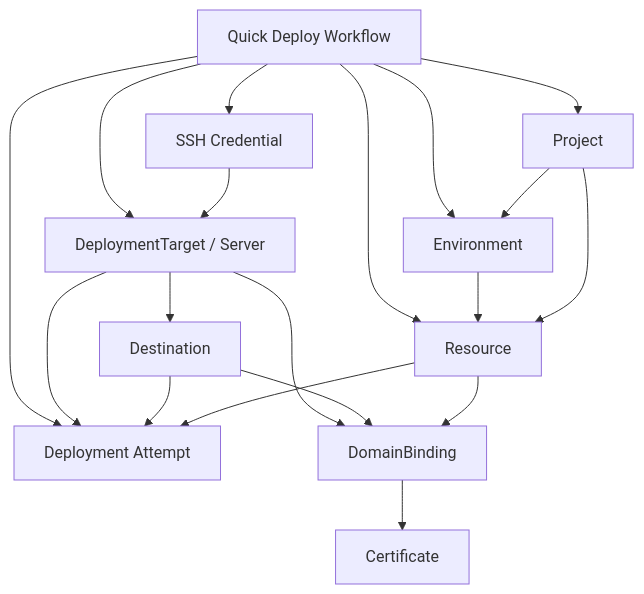
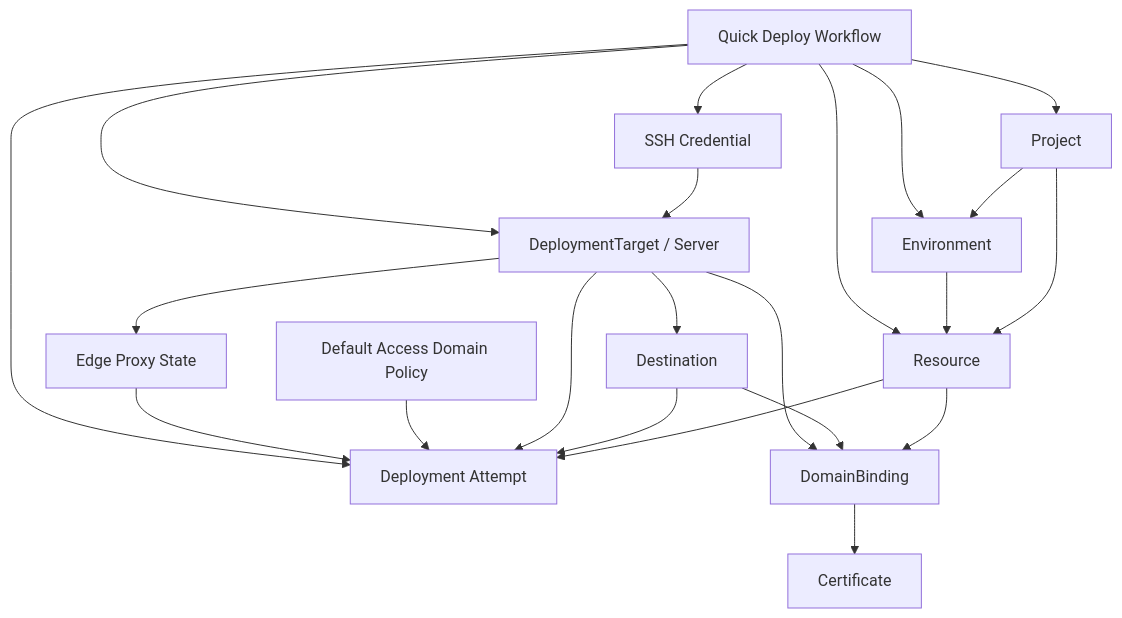
Before and after one commit to appaloft/appaloft: the diagram in docs/BUSINESS_OPERATION_MAP.md, drawn with Mermaid. The commit also changed other lines of this file and 117 other files, not shown here.

Commit message:
feat: add default access routing and edge proxy providers

````diff
--- a/docs/BUSINESS_OPERATION_MAP.md
+++ b/docs/BUSINESS_OPERATION_MAP.md
@@ -82,32 +82,37 @@
 ```mermaid
 flowchart TD
   Project["Project"]
   Environment["Environment"]
   Resource["Resource"]
   Target["DeploymentTarget / Server"]
   Credential["SSH Credential"]
   Destination["Destination"]
   Deployment["Deployment Attempt"]
   DomainBinding["DomainBinding"]
   Certificate["Certificate"]
+  AccessPolicy["Default Access Domain Policy"]
+  Proxy["Edge Proxy State"]
 
   Project --> Environment
   Project --> Resource
   Environment --> Resource
   Resource --> Deployment
   Target --> Destination
   Credential --> Target
   Destination --> Deployment
   Target --> Deployment
+  Target --> Proxy
+  AccessPolicy --> Deployment
+  Proxy --> Deployment
   Resource --> DomainBinding
   Destination --> DomainBinding
   Target --> DomainBinding
   DomainBinding --> Certificate
 
   QuickDeploy["Quick Deploy Workflow"] --> Project
   QuickDeploy --> Environment
   QuickDeploy --> Target
   QuickDeploy --> Credential
   QuickDeploy --> Resource
   QuickDeploy --> Deployment
 ```
````
